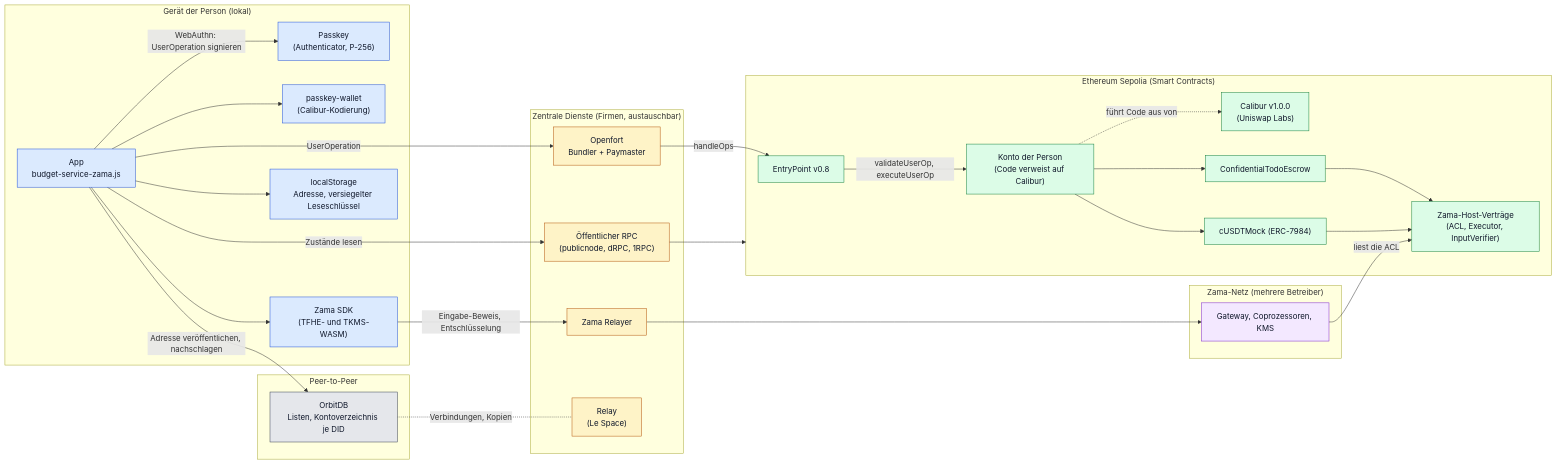
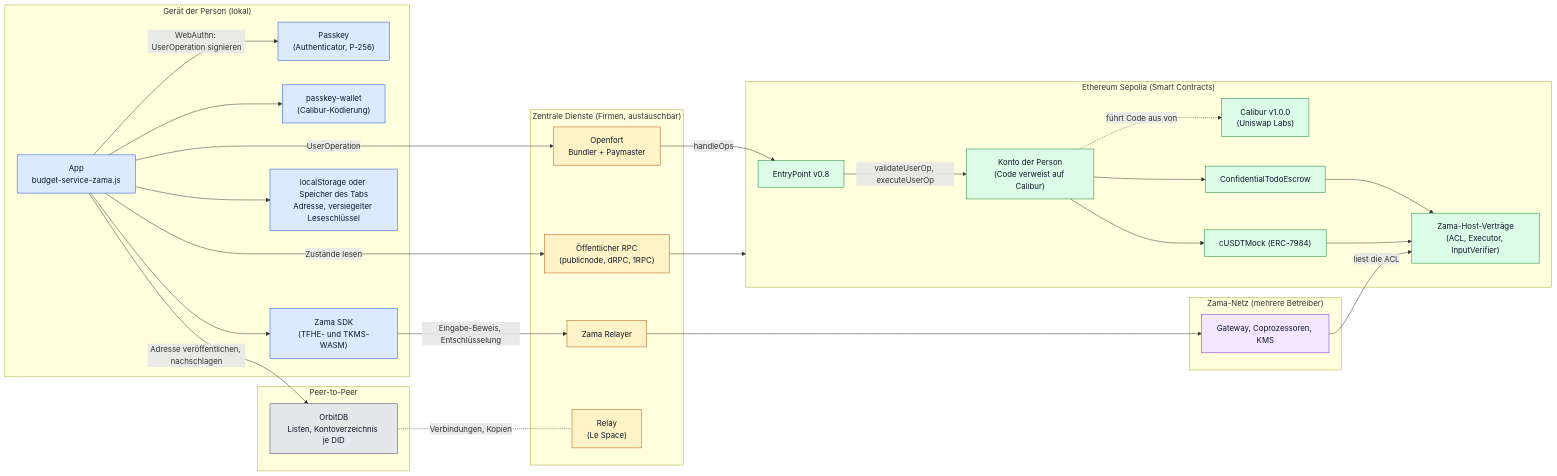
Before and after one commit to Le-Space/simple-todo: the first of 7 diagrams in apps/escrow01/docs/passkey-account.de.md, drawn with Mermaid. The commit also changed other lines of this file and 27 other files, not shown here.

````diff
--- a/apps/escrow01/docs/passkey-account.de.md
+++ b/apps/escrow01/docs/passkey-account.de.md
@@ -64,61 +64,61 @@
 ```mermaid
 flowchart LR
   subgraph Device["Gerät der Person (lokal)"]
     Authenticator["Passkey<br/>(Authenticator, P-256)"]
     App["App<br/>budget-service-zama.js"]
     Wallet["passkey-wallet<br/>(Calibur-Kodierung)"]
     SDK["Zama SDK<br/>(TFHE- und TKMS-WASM)"]
-    Store["localStorage<br/>Adresse, versiegelter Leseschlüssel"]
+    Store["localStorage oder Speicher des Tabs<br/>Adresse, versiegelter Leseschlüssel"]
   end
   subgraph Central["Zentrale Dienste (Firmen, austauschbar)"]
     Openfort["Openfort<br/>Bundler + Paymaster"]
     RPC["Öffentlicher RPC<br/>(publicnode, dRPC, 1RPC)"]
     Relayer["Zama Relayer"]
     Relay["Relay<br/>(Le Space)"]
   end
   subgraph Sepolia["Ethereum Sepolia (Smart Contracts)"]
     EP["EntryPoint v0.8"]
     Account["Konto der Person<br/>(Code verweist auf Calibur)"]
     Calibur["Calibur v1.0.0<br/>(Uniswap Labs)"]
     Escrow["ConfidentialTodoEscrow"]
     Token["cUSDTMock (ERC-7984)"]
     Host["Zama-Host-Verträge<br/>(ACL, Executor, InputVerifier)"]
   end
   subgraph ZamaNet["Zama-Netz (mehrere Betreiber)"]
     Gateway["Gateway, Coprozessoren, KMS"]
   end
   subgraph P2P["Peer-to-Peer"]
     OrbitDB["OrbitDB<br/>Listen, Kontoverzeichnis je DID"]
   end
 
   App -- "WebAuthn: UserOperation signieren" --> Authenticator
   App --> Wallet
   App --> SDK
   App --> Store
   App -- "UserOperation" --> Openfort
   App -- "Zustände lesen" --> RPC
   RPC --> Sepolia
   Openfort -- "handleOps" --> EP
   EP -- "validateUserOp, executeUserOp" --> Account
   Account -. "führt Code aus von" .-> Calibur
   Account --> Escrow
   Account --> Token
   Escrow --> Host
   Token --> Host
   SDK -- "Eingabe-Beweis, Entschlüsselung" --> Relayer
   Relayer --> Gateway
   Gateway -- "liest die ACL" --> Host
   App -- "Adresse veröffentlichen, nachschlagen" --> OrbitDB
   OrbitDB -. "Verbindungen, Kopien" .- Relay
 
   classDef lokal fill:#dbeafe,stroke:#1d4ed8,color:#0f172a
   classDef zentral fill:#fef3c7,stroke:#b45309,color:#0f172a
   classDef chain fill:#dcfce7,stroke:#15803d,color:#0f172a
   classDef netz fill:#f3e8ff,stroke:#7e22ce,color:#0f172a
   classDef p2p fill:#e5e7eb,stroke:#374151,color:#0f172a
   class Authenticator,App,Wallet,SDK,Store lokal
   class Openfort,RPC,Relayer,Relay zentral
   class EP,Account,Calibur,Escrow,Token,Host chain
   class Gateway netz
   class OrbitDB p2p
 ```
````
